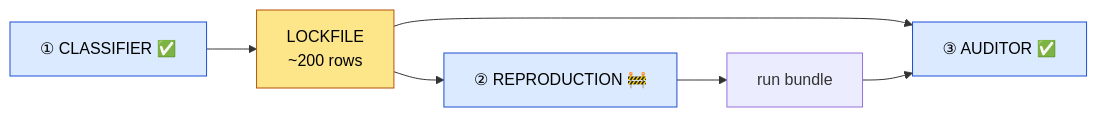
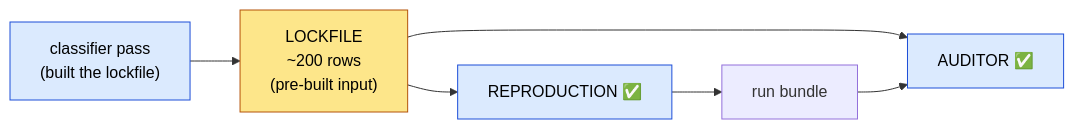
The first of 2 diagrams in docs/getting-started/concepts.md (mithils3/reprocli), drawn with Mermaid before and after one commit. The commit also changed other lines of this file and 6 other files, not shown here.

````diff
--- a/docs/getting-started/concepts.md
+++ b/docs/getting-started/concepts.md
@@ -5,10 +5,10 @@
 ```mermaid
 flowchart LR
   classDef lock fill:#fde68a,stroke:#b45309,color:#000;
   classDef llm fill:#dbeafe,stroke:#1d4ed8,color:#000;
-  CL["① CLASSIFIER ✅"]:::llm --> L["LOCKFILE<br/>~200 rows"]:::lock
-  L --> RA["② REPRODUCTION 🚧"]:::llm
+  CL["classifier pass<br/>(built the lockfile)"]:::llm --> L["LOCKFILE<br/>~200 rows<br/>(pre-built input)"]:::lock
+  L --> RA["REPRODUCTION ✅"]:::llm
   RA --> B["run bundle"]
-  L --> AU["③ AUDITOR ✅"]:::llm
+  L --> AU["AUDITOR ✅"]:::llm
   B --> AU
 ```
````
